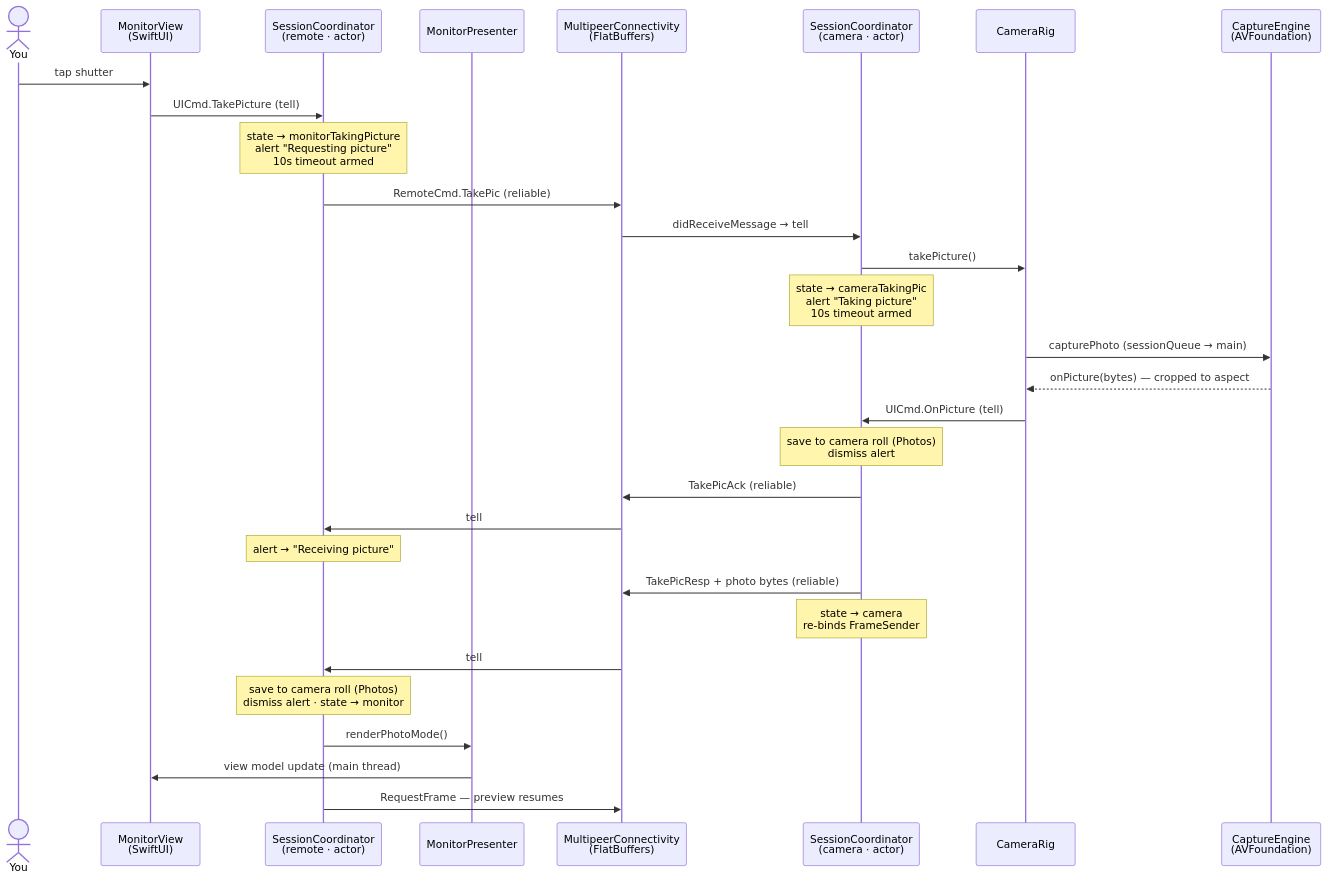
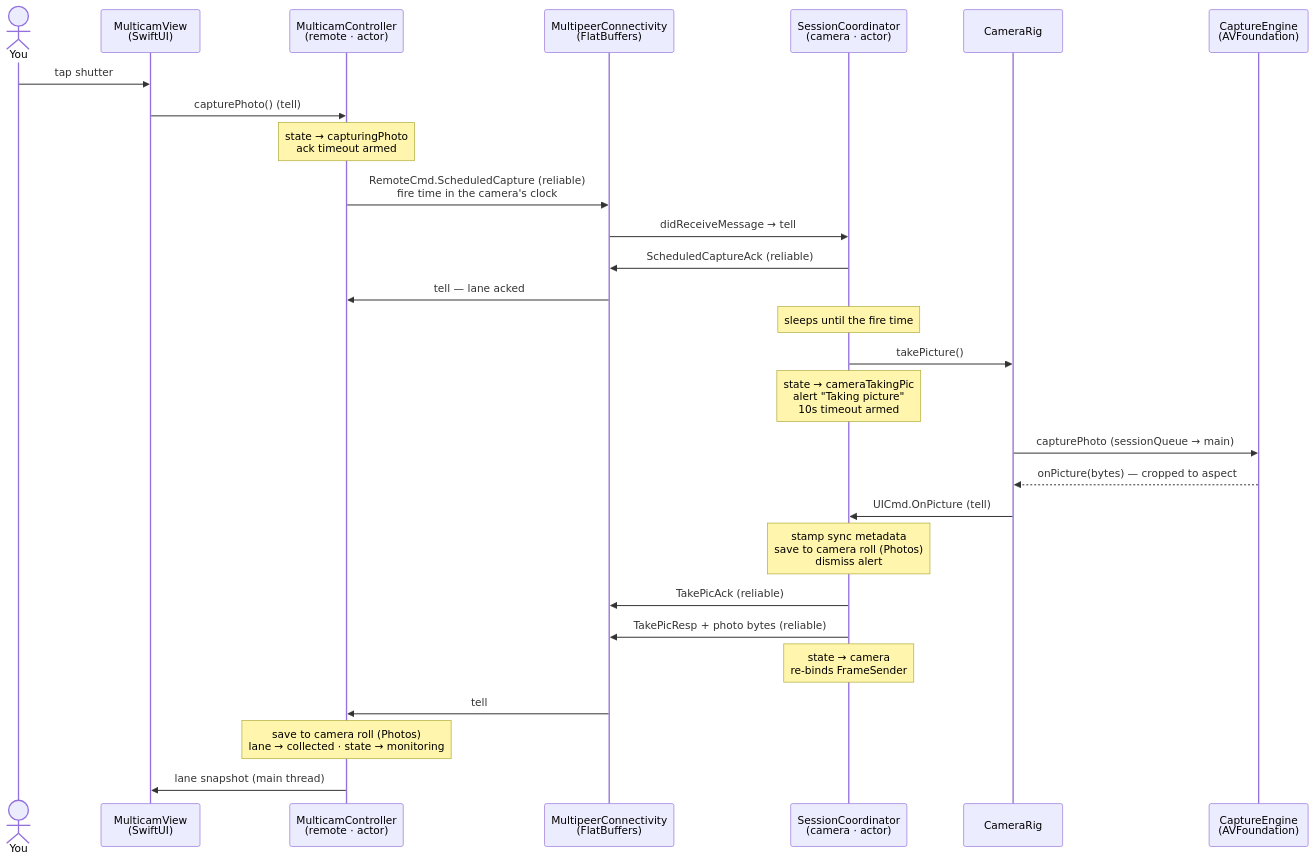
The second of 2 diagrams in Docs/ARCHITECTURE.md (security-union/remote-shutter), drawn with Mermaid before and after one commit. The commit also changed other lines of this file and 42 other files, not shown here.

First line of the commit message:
Delete the classic 1:1 monitor; the director is the only remote (#236)

````diff
--- a/Docs/ARCHITECTURE.md
+++ b/Docs/ARCHITECTURE.md
@@ -83,33 +81,31 @@
 ```mermaid
 sequenceDiagram
     actor U as You
-    participant MV as MonitorView<br/>(SwiftUI)
-    participant SCR as SessionCoordinator<br/>(remote · actor)
-    participant MP as MonitorPresenter
+    participant MV as MulticamView<br/>(SwiftUI)
+    participant MC as MulticamController<br/>(remote · actor)
     participant W as MultipeerConnectivity<br/>(FlatBuffers)
     participant SCC as SessionCoordinator<br/>(camera · actor)
     participant RIG as CameraRig
     participant ENG as CaptureEngine<br/>(AVFoundation)
 
     U->>MV: tap shutter
-    MV->>SCR: UICmd.TakePicture (tell)
-    Note over SCR: state → monitorTakingPicture<br/>alert "Requesting picture"<br/>10s timeout armed
-    SCR->>W: RemoteCmd.TakePic (reliable)
+    MV->>MC: capturePhoto() (tell)
+    Note over MC: state → capturingPhoto<br/>ack timeout armed
+    MC->>W: RemoteCmd.ScheduledCapture (reliable)<br/>fire time in the camera's clock
     W->>SCC: didReceiveMessage → tell
+    SCC->>W: ScheduledCaptureAck (reliable)
+    W->>MC: tell — lane acked
+    Note over SCC: sleeps until the fire time
     SCC->>RIG: takePicture()
     Note over SCC: state → cameraTakingPic<br/>alert "Taking picture"<br/>10s timeout armed
     RIG->>ENG: capturePhoto (sessionQueue → main)
     ENG-->>RIG: onPicture(bytes) — cropped to aspect
     RIG->>SCC: UICmd.OnPicture (tell)
-    Note over SCC: save to camera roll (Photos)<br/>dismiss alert
+    Note over SCC: stamp sync metadata<br/>save to camera roll (Photos)<br/>dismiss alert
     SCC->>W: TakePicAck (reliable)
-    W->>SCR: tell
-    Note over SCR: alert → "Receiving picture"
     SCC->>W: TakePicResp + photo bytes (reliable)
     Note over SCC: state → camera<br/>re-binds FrameSender
-    W->>SCR: tell
-    Note over SCR: save to camera roll (Photos)<br/>dismiss alert · state → monitor
-    SCR->>MP: renderPhotoMode()
-    MP->>MV: view model update (main thread)
-    SCR->>W: RequestFrame — preview resumes
+    W->>MC: tell
+    Note over MC: save to camera roll (Photos)<br/>lane → collected · state → monitoring
+    MC->>MV: lane snapshot (main thread)
 ```
````
